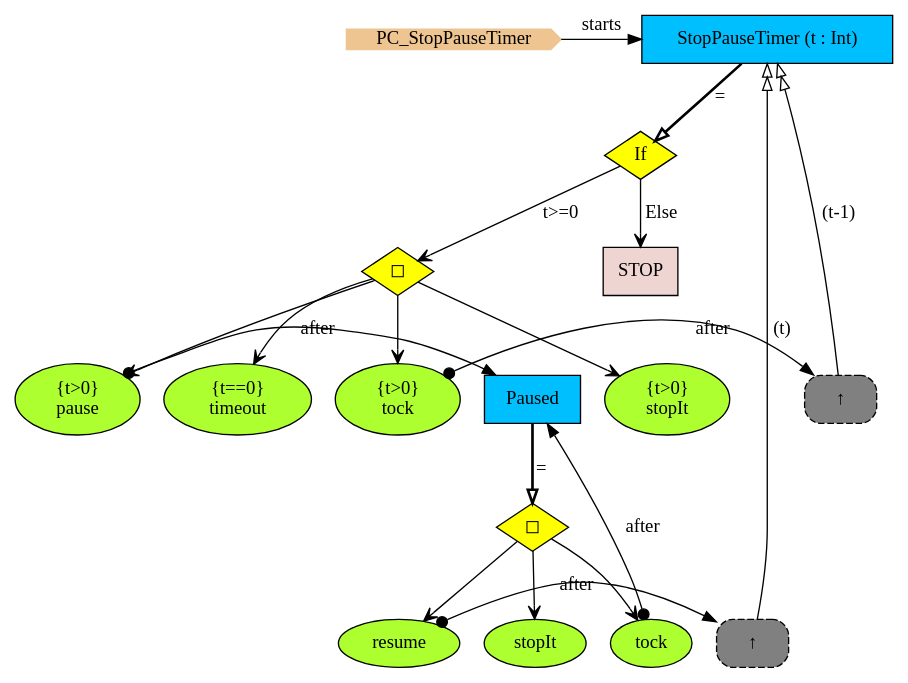
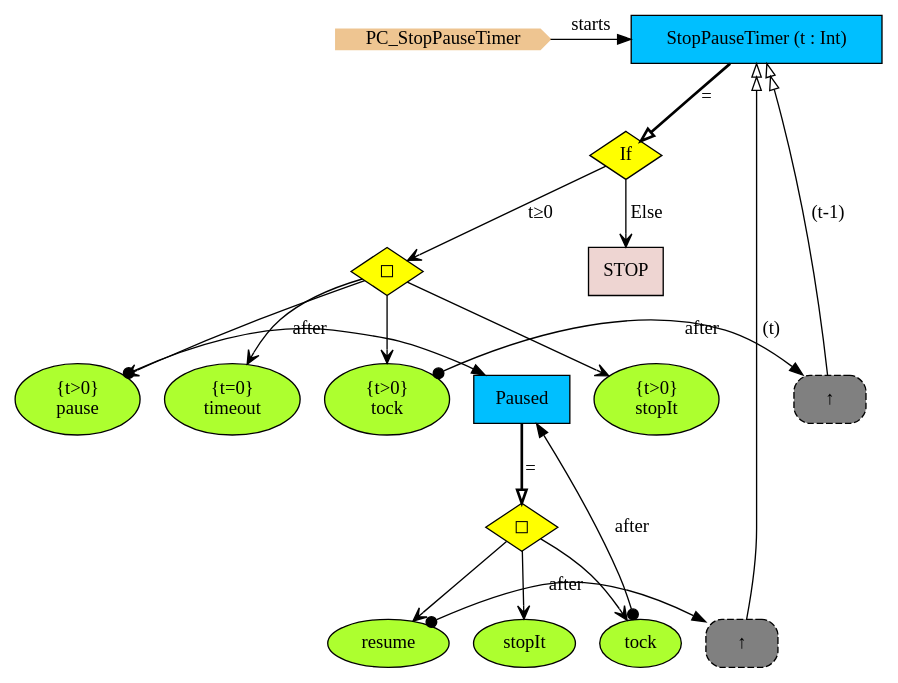
The diagram in Haskell/PCs/Examples/img/PC_StopPauseTimer.gv (namalio/Fragmenta), drawn with Graphviz before and after one commit. The commit also changed 304 other files, not shown here.

```diff
--- a/Haskell/PCs/Examples/img/PC_StopPauseTimer.gv
+++ b/Haskell/PCs/Examples/img/PC_StopPauseTimer.gv
@@ -1,46 +1,47 @@
 digraph {
+
 StartN_ [shape = cds,color=burlywood2,style=filled,height=.2,width=.2, label =PC_StopPauseTimer];
 StopPauseTimer [shape=box,fillcolor=deepskyblue,style = filled,label="StopPauseTimer (t : Int)"];
-OpIfChoice [shape=diamond,fillcolor=yellow,style = filled,label="◻︎"];
-timeout [shape=ellipse,fillcolor=greenyellow,style = filled,label=" {t==0}
+OpIfChoice [shape=diamond,fillcolor=yellow,style=filled,label="◻︎"];
+timeout [shape=ellipse,fillcolor=greenyellow,style=filled,label=" {t=0}
 timeout"];
-stopIt [shape=ellipse,fillcolor=greenyellow,style = filled,label=" {t>0}
+stopIt [shape=ellipse,fillcolor=greenyellow,style=filled,label=" {t>0}
 stopIt"];
 RefStopPauseTimer [shape=rectangle,fillcolor=gray,style="rounded,filled,dashed",label="↑ "];
-OpPaused [shape=diamond,fillcolor=yellow,style = filled,label="◻︎"];
-tock2 [shape=ellipse,fillcolor=greenyellow,style = filled,label="tock"];
+OpPaused [shape=diamond,fillcolor=yellow,style=filled,label="◻︎"];
+tock2 [shape=ellipse,fillcolor=greenyellow,style=filled,label="tock"];
 RefStopPauseTimer2 [shape=rectangle,fillcolor=gray,style="rounded,filled,dashed",label="↑ "];
-stopIt2 [shape=ellipse,fillcolor=greenyellow,style = filled,label="stopIt"];
-resume [shape=ellipse,fillcolor=greenyellow,style = filled,label="resume"];
+stopIt2 [shape=ellipse,fillcolor=greenyellow,style=filled,label="stopIt"];
+resume [shape=ellipse,fillcolor=greenyellow,style=filled,label="resume"];
 Paused [shape=box,fillcolor=deepskyblue,style = filled,label="Paused "];
-pause [shape=ellipse,fillcolor=greenyellow,style = filled,label=" {t>0}
+pause [shape=ellipse,fillcolor=greenyellow,style=filled,label=" {t>0}
 pause"];
-tock [shape=ellipse,fillcolor=greenyellow,style = filled,label=" {t>0}
+tock [shape=ellipse,fillcolor=greenyellow,style=filled,label=" {t>0}
 tock"];
 STOP [shape=box,fillcolor=mistyrose2,style = filled,label="STOP"];
-OpStopPauseTimer [shape=diamond,fillcolor=yellow,style = filled,label="If"];
+OpStopPauseTimer [shape=diamond,fillcolor=yellow,style=filled,label="If"];
 
+{rank=same;RefStopPauseTimer2,resume}
+{rank=same;Paused,pause}
 {rank=same;RefStopPauseTimer,tock}
-{rank=same;Paused,pause}
-{rank=same;RefStopPauseTimer2,resume}
 {rank=same;StopPauseTimer,StartN_}
 
+resume->RefStopPauseTimer2[arrowtail=dot,dir=both,label="after"];
+tock2->Paused[arrowtail=dot,dir=both,label="after"];
+OpPaused->tock2[arrowhead="open"];
+pause->Paused[arrowtail=dot,dir=both,label="after"];
+tock->RefStopPauseTimer[arrowtail=dot,dir=both,label="after"];
+OpIfChoice->stopIt[arrowhead="open"];
+OpIfChoice->timeout[arrowhead="open"];
+OpStopPauseTimer->OpIfChoice[arrowhead="open",label="t≥0"];
+OpStopPauseTimer->STOP[arrowhead="open",label="Else"];
+OpIfChoice->tock[arrowhead="open"];
+OpIfChoice->pause[arrowhead="open"];
+RefStopPauseTimer->StopPauseTimer[arrowhead="normalnormal",fillcolor=white,label=" (t-1)"];
+OpPaused->resume[arrowhead="open"];
+OpPaused->stopIt2[arrowhead="open"];
 RefStopPauseTimer2->StopPauseTimer[arrowhead="normalnormal",fillcolor=white,label=" (t)"];
-OpPaused->stopIt2[arrowhead="open"];
-OpPaused->resume[arrowhead="open"];
-RefStopPauseTimer->StopPauseTimer[arrowhead="normalnormal",fillcolor=white,label=" (t-1)"];
-OpIfChoice->pause[arrowhead="open"];
-OpIfChoice->tock[arrowhead="open"];
-OpStopPauseTimer->STOP[arrowhead="open",label="Else"];
-StartN_->StopPauseTimer[label="starts"];
 StopPauseTimer->OpStopPauseTimer[arrowhead="onormal",penwidth=2,label="="];
 Paused->OpPaused[arrowhead="onormal",penwidth=2,label="="];
-OpStopPauseTimer->OpIfChoice[arrowhead="open",label="t>=0"];
-OpIfChoice->timeout[arrowhead="open"];
-OpIfChoice->stopIt[arrowhead="open"];
-tock->RefStopPauseTimer[arrowtail=dot,dir=both,label="after"];
-pause->Paused[arrowtail=dot,dir=both,label="after"];
-OpPaused->tock2[arrowhead="open"];
-tock2->Paused[arrowtail=dot,dir=both,label="after"];
-resume->RefStopPauseTimer2[arrowtail=dot,dir=both,label="after"];
+StartN_->StopPauseTimer[label="starts"];
 }
```
